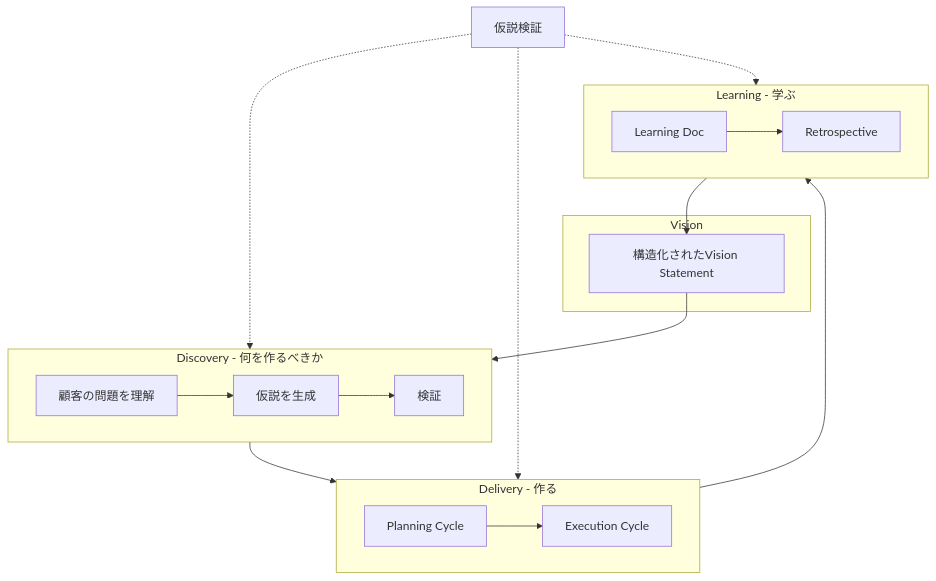
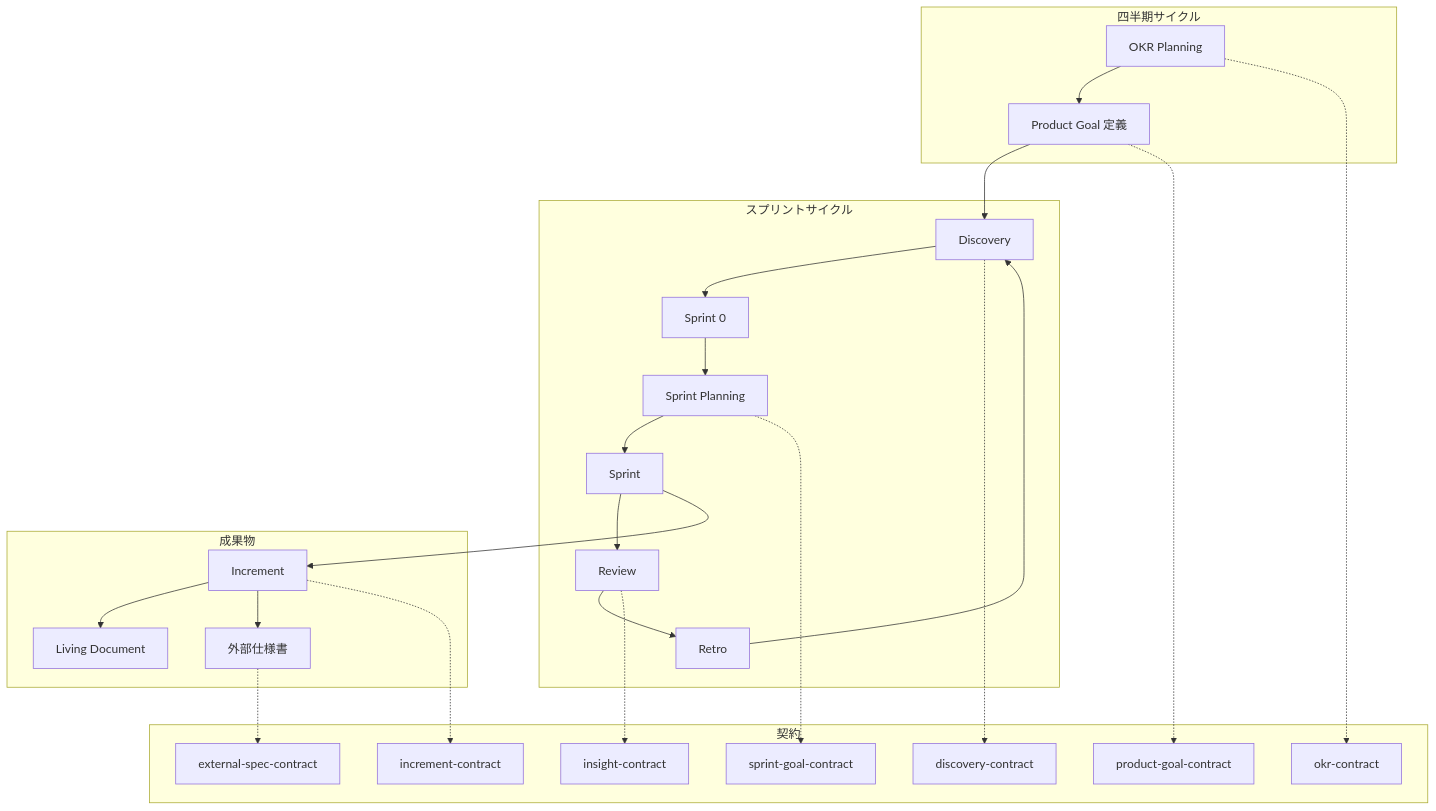
Before and after one commit to kocchi/agent-harness: the second of 4 diagrams in docs/VISION.md, drawn with Mermaid. The commit also changed other lines of this file and 15 other files, not shown here.

````diff
--- a/docs/VISION.md
+++ b/docs/VISION.md
@@ -178,28 +100,32 @@
 ```mermaid
 flowchart TB
-    subgraph vision [Vision]
-        V[構造化されたVision Statement]
+    subgraph 四半期サイクル
+        OKR[OKR Planning] --> PG[Product Goal 定義]
     end
     
-    subgraph discovery [Discovery - 何を作るべきか]
-        D1[顧客の問題を理解] --> D2[仮説を生成]
-        D2 --> D3[検証]
+    subgraph スプリントサイクル
+        PG --> D[Discovery]
+        D --> S0[Sprint 0]
+        S0 --> SP[Sprint Planning]
+        SP --> S[Sprint]
+        S --> R[Review]
+        R --> RT[Retro]
+        RT --> D
     end
     
-    subgraph delivery [Delivery - 作る]
-        P[Planning Cycle] --> E[Execution Cycle]
+    subgraph 成果物
+        S --> I[Increment]
+        I --> LD[Living Document]
+        I --> ES[外部仕様書]
     end
     
-    subgraph learning [Learning - 学ぶ]
-        L1[Learning Doc] --> L2[Retrospective]
+    subgraph 契約
+        OKR -.-> OC[okr-contract]
+        PG -.-> PGC[product-goal-contract]
+        D -.-> DC[discovery-contract]
+        SP -.-> SGC[sprint-goal-contract]
+        I -.-> IC[increment-contract]
+        R -.-> INS[insight-contract]
+        ES -.-> ESC[external-spec-contract]
     end
-    
-    V --> discovery
-    discovery --> delivery
-    delivery --> learning
-    learning --> V
-    
-    H[仮説検証] -.-> discovery
-    H -.-> delivery
-    H -.-> learning
 ```
````
